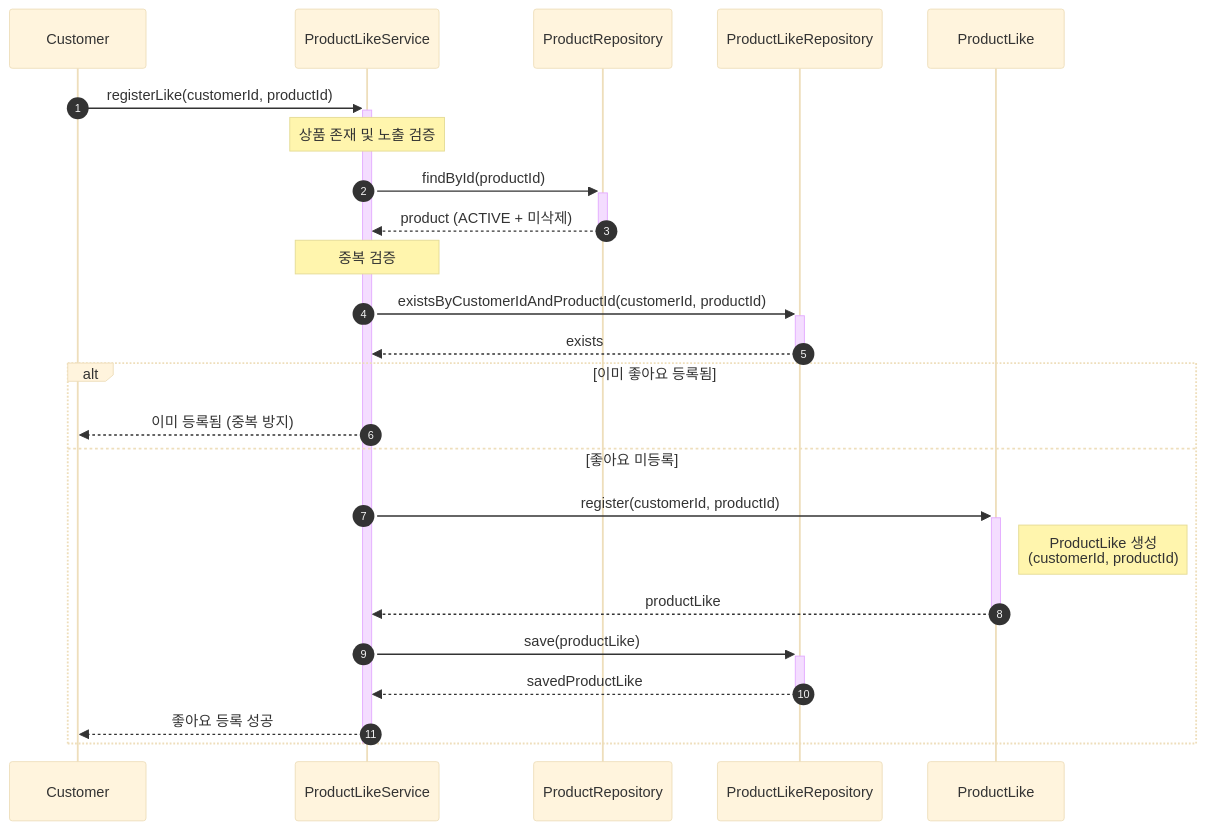
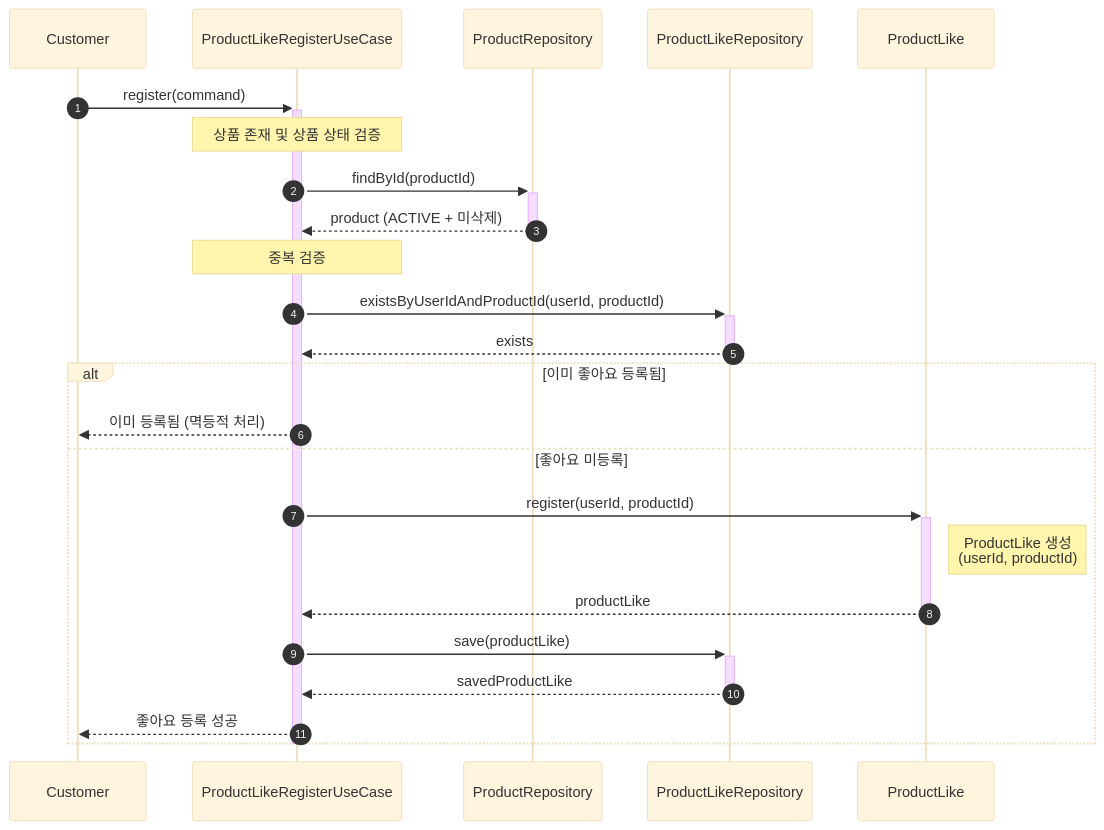
Before and after one commit to Loopers-dev-lab/loop-pack-be-l2-vol3-kotlin: the third of 5 diagrams in docs/design/03-sequence-diagram.md, drawn with Mermaid (base theme). The commit also changed other lines of this file and 247 other files, not shown here.

````diff
--- a/docs/design/03-sequence-diagram.md
+++ b/docs/design/03-sequence-diagram.md
@@ -180,30 +180,30 @@
 ```mermaid
 sequenceDiagram
     autonumber
     participant C as Customer
-    participant PLS as ProductLikeService
+    participant PLS as ProductLikeRegisterUseCase
     participant PR as ProductRepository
     participant PLR as ProductLikeRepository
     participant PL as ProductLike
-    C ->>+ PLS: registerLike(customerId, productId)
-    Note over PLS: 상품 존재 및 노출 검증
+    C ->>+ PLS: register(command)
+    Note over PLS: 상품 존재 및 상품 상태 검증
     PLS ->>+ PR: findById(productId)
     PR -->>- PLS: product (ACTIVE + 미삭제)
 
     Note over PLS: 중복 검증
-    PLS ->>+ PLR: existsByCustomerIdAndProductId(customerId, productId)
+    PLS ->>+ PLR: existsByUserIdAndProductId(userId, productId)
     PLR -->>- PLS: exists
 
     alt 이미 좋아요 등록됨
-        PLS -->> C: 이미 등록됨 (중복 방지)
+        PLS -->> C: 이미 등록됨 (멱등적 처리)
     else 좋아요 미등록
-        PLS ->>+ PL: register(customerId, productId)
-        Note right of PL: ProductLike 생성<br/>(customerId, productId)
+        PLS ->>+ PL: register(userId, productId)
+        Note right of PL: ProductLike 생성<br/>(userId, productId)
         PL -->>- PLS: productLike
         PLS ->>+ PLR: save(productLike)
         PLR -->>- PLS: savedProductLike
         PLS -->> C: 좋아요 등록 성공
     end
 
     deactivate PLS
 ```
````
